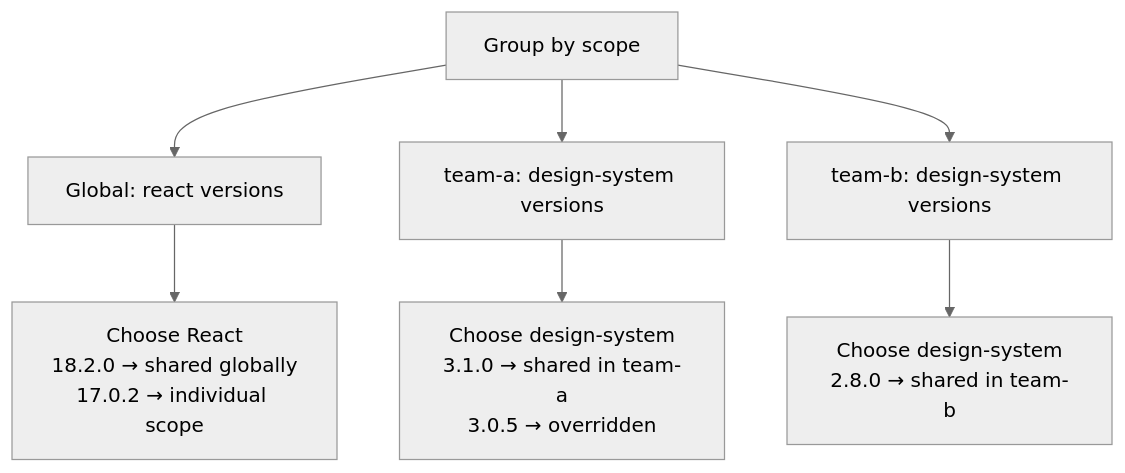
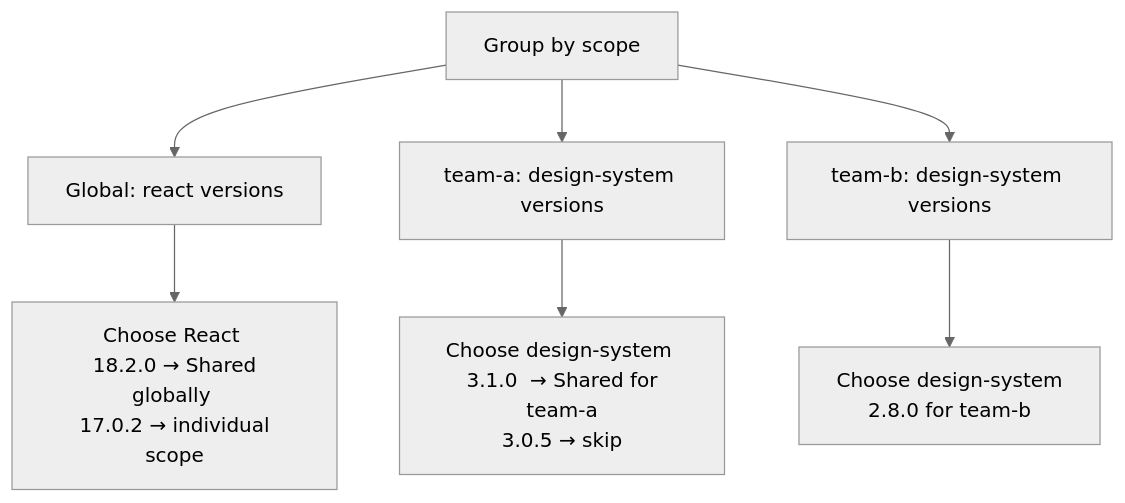
Before and after one commit to topicusonderwijs/vanilla-native-federation: the fourth of 6 diagrams in docs/version-resolver.md, drawn with Mermaid (neutral theme). The commit also changed other lines of this file, not shown here.

````diff
--- a/docs/version-resolver.md
+++ b/docs/version-resolver.md
@@ -300,10 +306,10 @@
 ```mermaid
 flowchart TD
     A[Group by scope] --> B[Global: react versions]
     A --> C[team-a: design-system versions]  
     A --> D[team-b: design-system versions]
     
-    B --> E[Choose React<br/>18.2.0 → shared globally<br/>17.0.2 → individual scope]
-    C --> F[Choose design-system<br/>3.1.0 → shared in team-a<br/>3.0.5 → overridden]
-    D --> G[Choose design-system<br/>2.8.0 → shared in team-b]
+    B --> E[Choose React <br/> 18.2.0 → Shared globally <br/> 17.0.2 → individual scope]
+    C --> F[Choose design-system <br/> 3.1.0  → Shared for team-a<br/>3.0.5 → skip]
+    D --> G[Choose design-system <br/> 2.8.0 for team-b]
 ```
````
